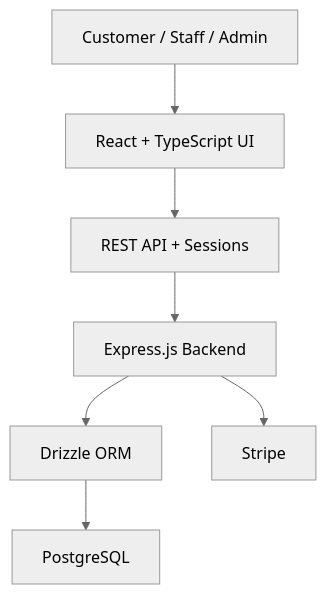
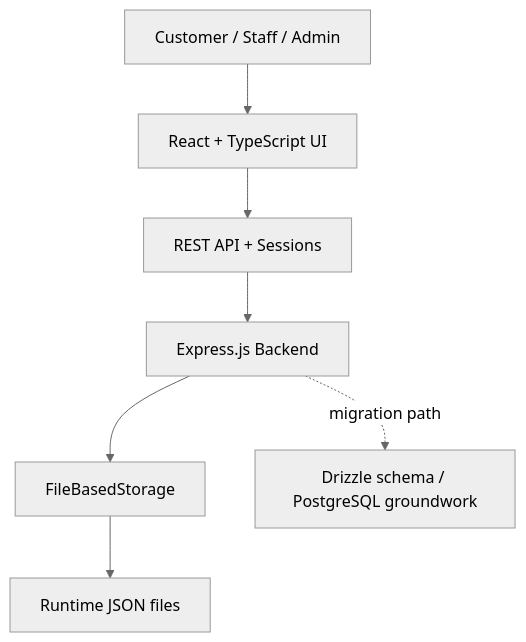
Before and after one commit to mohammedalhmed/chicken-hat-restaurant-system: the diagram in README.md, drawn with Mermaid (neutral theme). The commit also changed other lines of this file, not shown here.

Commit message:
Align README claims with active architecture

````diff
--- a/README.md
+++ b/README.md
@@ -54,9 +59,9 @@
 ```mermaid
 flowchart TD
     U["Customer / Staff / Admin"] --> UI["React + TypeScript UI"]
     UI --> API["REST API + Sessions"]
     API --> EX["Express.js Backend"]
-    EX --> ORM["Drizzle ORM"]
-    ORM --> DB["PostgreSQL"]
-    EX --> PAY["Stripe"]
+    EX --> STORE["FileBasedStorage"]
+    STORE --> JSON["Runtime JSON files"]
+    EX -. migration path .-> SCHEMA["Drizzle schema / PostgreSQL groundwork"]
 ```
````
